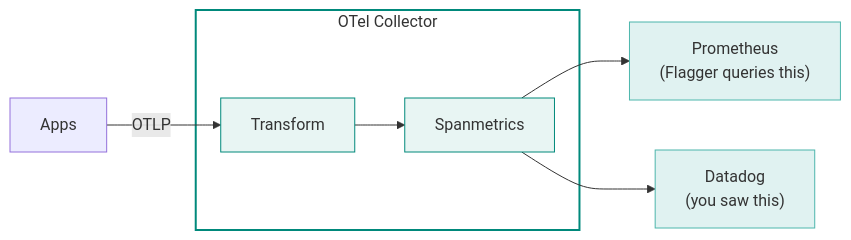
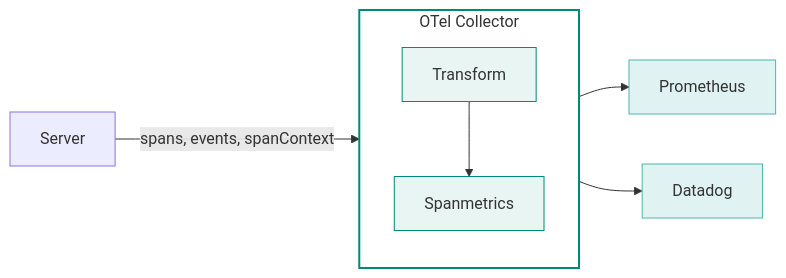
One commit to wiggitywhitney/kubecon-2026-gitops changed diagram 28 of 28 in slides/index.qmd. Above: the diagram before and after it, drawn with Mermaid. The commit also changed other lines of this file and 2 other files, not shown here.

First line of the commit message:
feat(prd-4): complete M5 — Scene 3-4 slides (Telemetry + Collector)

````diff
--- a/slides/index.qmd
+++ b/slides/index.qmd
@@ -795,15 +900,15 @@
 ```{mermaid}
 %%| fig-width: 10
 graph LR
-  apps["Apps"] -->|"OTLP"| transform
+  apps["Server"] -->|"spans, events, spanContext"| collector
   subgraph collector ["OTel Collector"]
     transform["Transform"] --> spanmetrics["Spanmetrics"]
   end
-  spanmetrics --> prometheus["Prometheus<br/>(Flagger queries this)"]
-  spanmetrics --> datadog["Datadog<br/>(you saw this)"]
+  collector --> prometheus["Prometheus"]
+  collector --> datadog["Datadog"]
   style transform fill:#e8f5f3,stroke:#00897B
   style spanmetrics fill:#e8f5f3,stroke:#00897B
   style collector fill:none,stroke:#00897B,stroke-width:2px
   style prometheus fill:#e0f2f1,stroke:#4DB6AC
   style datadog fill:#e0f2f1,stroke:#4DB6AC
 ```
````
